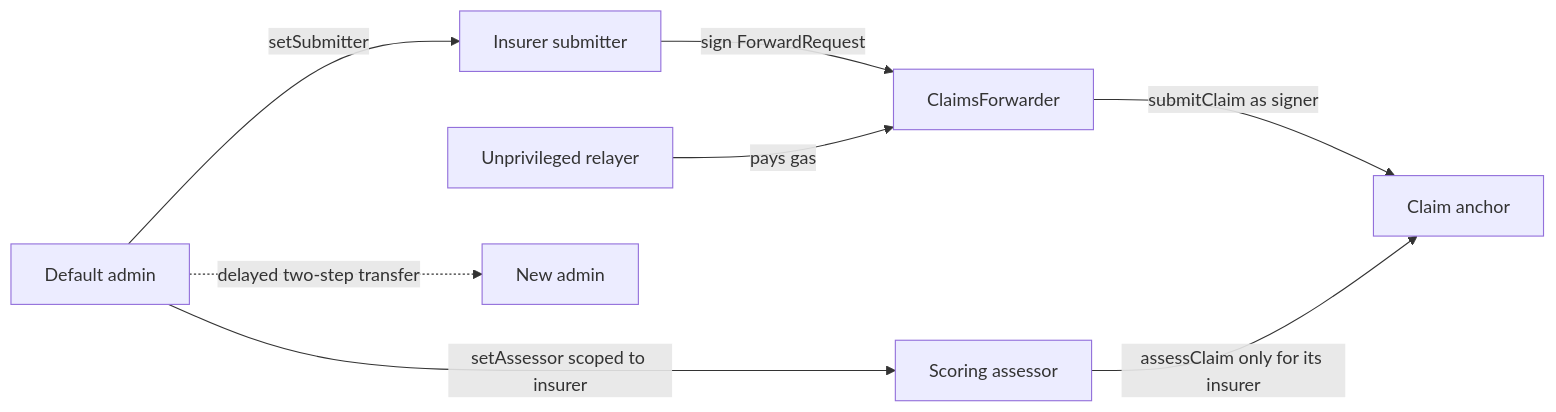
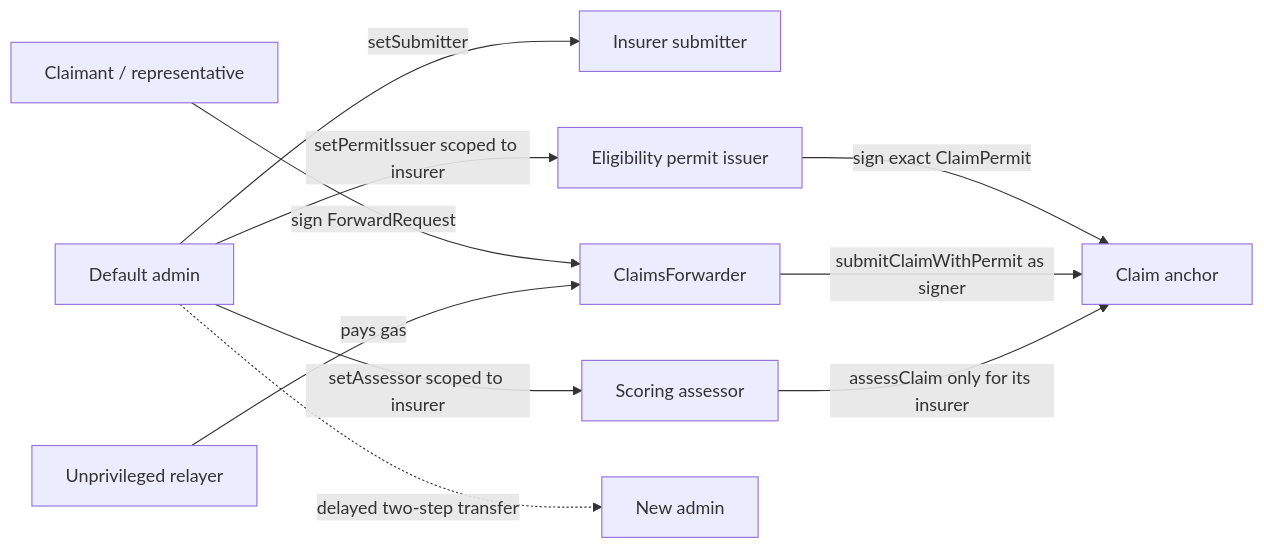
Before and after one commit to ganesh1997oli/Decentralized-Claims-Registry: the first of 2 diagrams in apps/contracts/SMART_CONTRACT.md, drawn with Mermaid. The commit also changed other lines of this file and 55 other files, not shown here.

Commit message:
Implement permit-backed public claim intake

````diff
--- a/apps/contracts/SMART_CONTRACT.md
+++ b/apps/contracts/SMART_CONTRACT.md
@@ -12,10 +12,12 @@
 ```mermaid
 flowchart LR
     Admin["Default admin"] -->|"setSubmitter"| Submitter["Insurer submitter"]
+    Admin -->|"setPermitIssuer scoped to insurer"| Issuer["Eligibility permit issuer"]
     Admin -->|"setAssessor scoped to insurer"| Assessor["Scoring assessor"]
-    Submitter -->|"sign ForwardRequest"| Forwarder["ClaimsForwarder"]
+    Claimant["Claimant / representative"] -->|"sign ForwardRequest"| Forwarder["ClaimsForwarder"]
+    Issuer -->|"sign exact ClaimPermit"| Claim["Claim anchor"]
     Relayer["Unprivileged relayer"] -->|"pays gas"| Forwarder
-    Forwarder -->|"submitClaim as signer"| Claim["Claim anchor"]
+    Forwarder -->|"submitClaimWithPermit as signer"| Claim
     Assessor -->|"assessClaim only for its insurer"| Claim
     Admin -. "delayed two-step transfer" .-> NewAdmin["New admin"]
 ```
````
